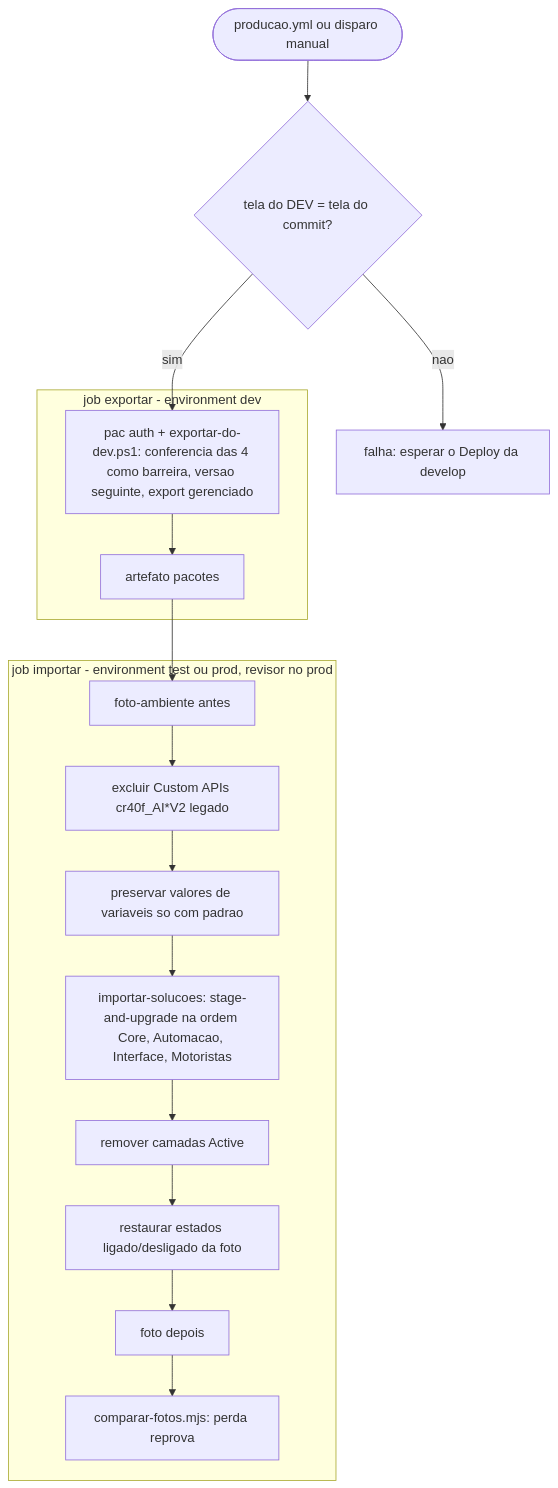
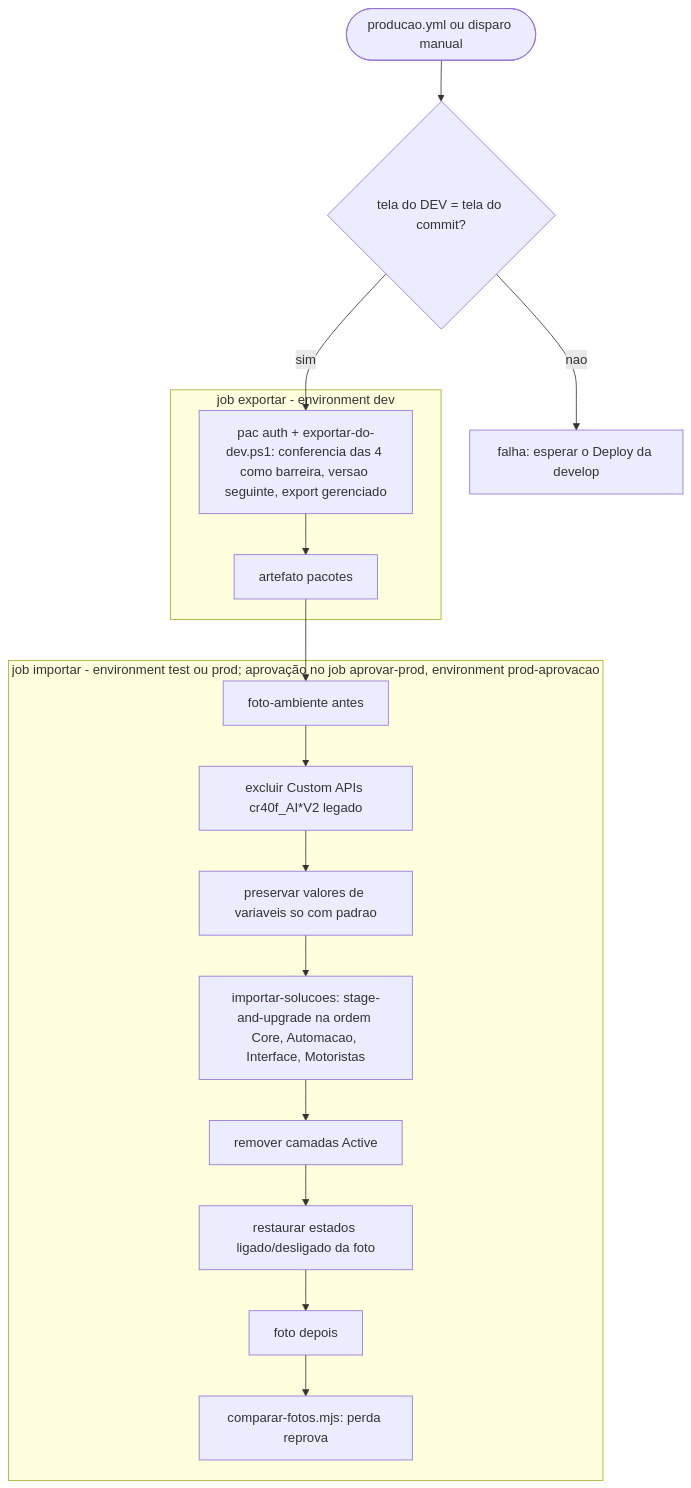
Before and after one commit to Betinhos-Executive-Service/Betinhos-Sistema: the second of 3 diagrams in docs/auto/05-ambiente-scripts-deploy.md, drawn with Mermaid. The commit also changed 8 other files, not shown here.

First line of the commit message:
perf(producao): aprovação em paralelo com o TEST, exports juntos e pac em cache

````diff
--- a/docs/auto/05-ambiente-scripts-deploy.md
+++ b/docs/auto/05-ambiente-scripts-deploy.md
@@ -184,19 +184,19 @@
 ```mermaid
 flowchart TD
   S([producao.yml ou disparo manual]) --> TR{tela do DEV = tela do commit?}
   TR -->|nao| F1[falha: esperar o Deploy da develop]
   TR -->|sim| E1
   subgraph exportar [job exportar - environment dev]
     E1[pac auth + exportar-do-dev.ps1: conferencia das 4 como barreira, versao seguinte, export gerenciado] --> E2[artefato pacotes]
   end
   E2 --> subgraph_i
-  subgraph importar [job importar - environment test ou prod, revisor no prod]
+  subgraph importar [job importar - environment test ou prod; aprovação no job aprovar-prod, environment prod-aprovacao]
     subgraph_i[foto-ambiente antes] --> I2[excluir Custom APIs cr40f_AI*V2 legado]
     I2 --> I3[preservar valores de variaveis so com padrao]
     I3 --> I4[importar-solucoes: stage-and-upgrade na ordem Core, Automacao, Interface, Motoristas]
     I4 --> I5[remover camadas Active]
     I5 --> I6[restaurar estados ligado/desligado da foto]
     I6 --> I7[foto depois]
     I7 --> I8[comparar-fotos.mjs: perda reprova]
   end
 ```
````
